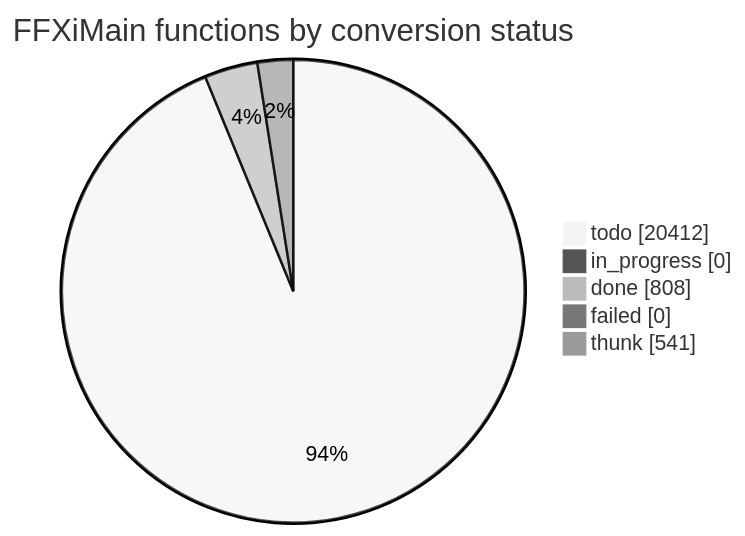
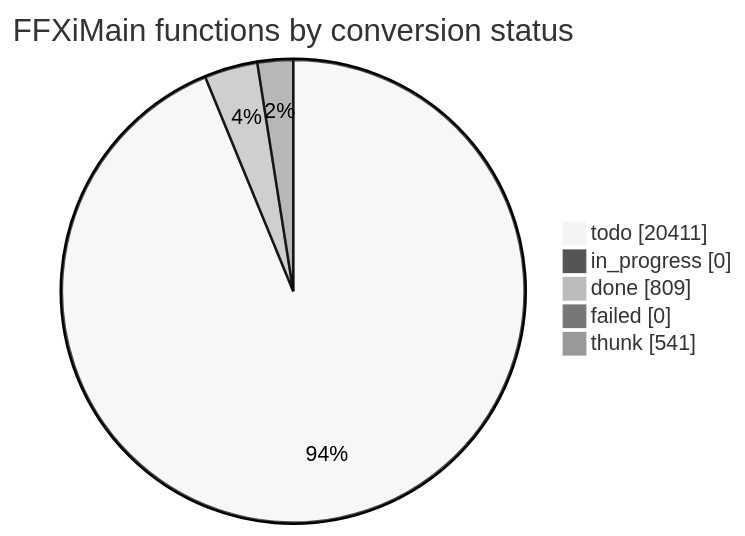
One commit to cowrevenge/cow_kuluu_xi_anything changed the diagram in docs/cow/STATUS.md. Above: the diagram before and after it, drawn with Mermaid (neutral theme). The commit also changed other lines of this file and 9 other files, not shown here.

````diff
--- a/docs/cow/STATUS.md
+++ b/docs/cow/STATUS.md
@@ -18,9 +18,9 @@
 ```mermaid
 pie showData
     title FFXiMain functions by conversion status
-    "todo" : 20412
+    "todo" : 20411
     "in_progress" : 0
-    "done" : 808
+    "done" : 809
     "failed" : 0
     "thunk" : 541
 ```
````
